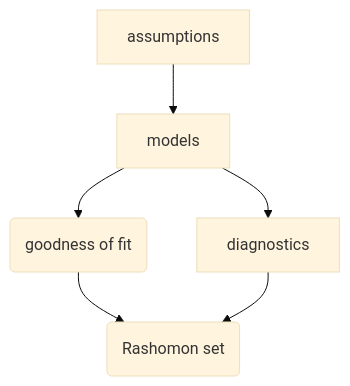
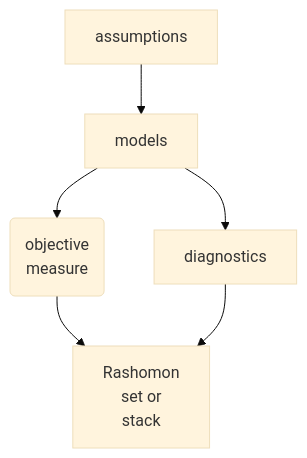
Diagram 12 of 19 in Glossary of distributional regression.qmd (mstasinopoulos/GrossaryForDR), drawn with Mermaid (base theme) before and after one commit. The commit also changed other lines of this file, not shown here.

````diff
--- a/Glossary of distributional regression.qmd
+++ b/Glossary of distributional regression.qmd
@@ -2266,17 +2377,17 @@
 ```{mermaid}
 %%| fig-width: 2
 %%| label: fig-rashomon
 %%| fig-cap: "Showing the process of creating a Rashomon set of models"
 flowchart TB
     direction TB
-    R(Rashomon set)
+    R[Rashomon <br \>  set or <br \> stack]
     D[diagnostics]
-    G(goodness of fit)
+    G(objective <br \> measure)
     M[models]
     A[assumptions] 
   A --> M
   M --> D
   M --> G
   G  --> R
   D --> R
 ```
````
